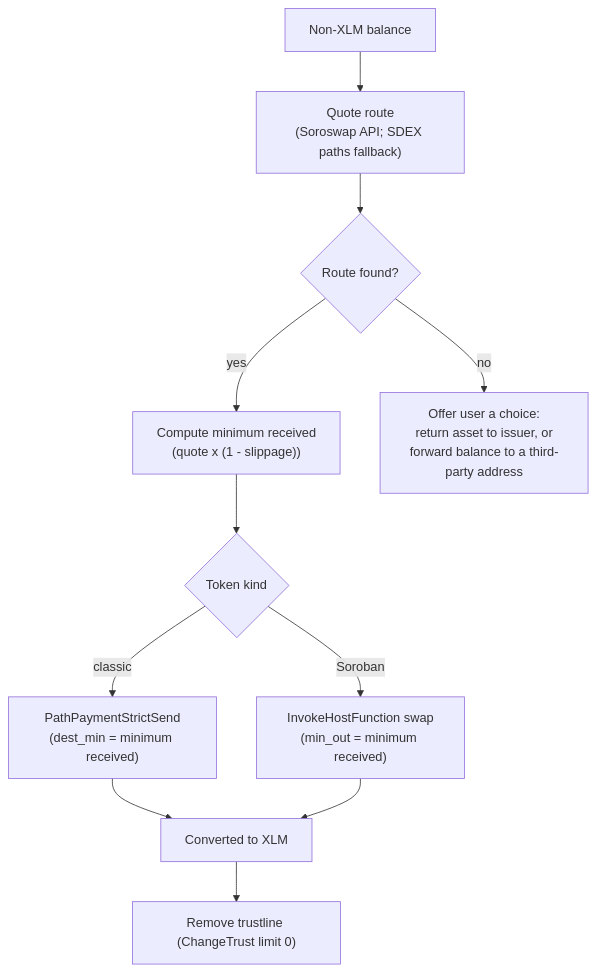
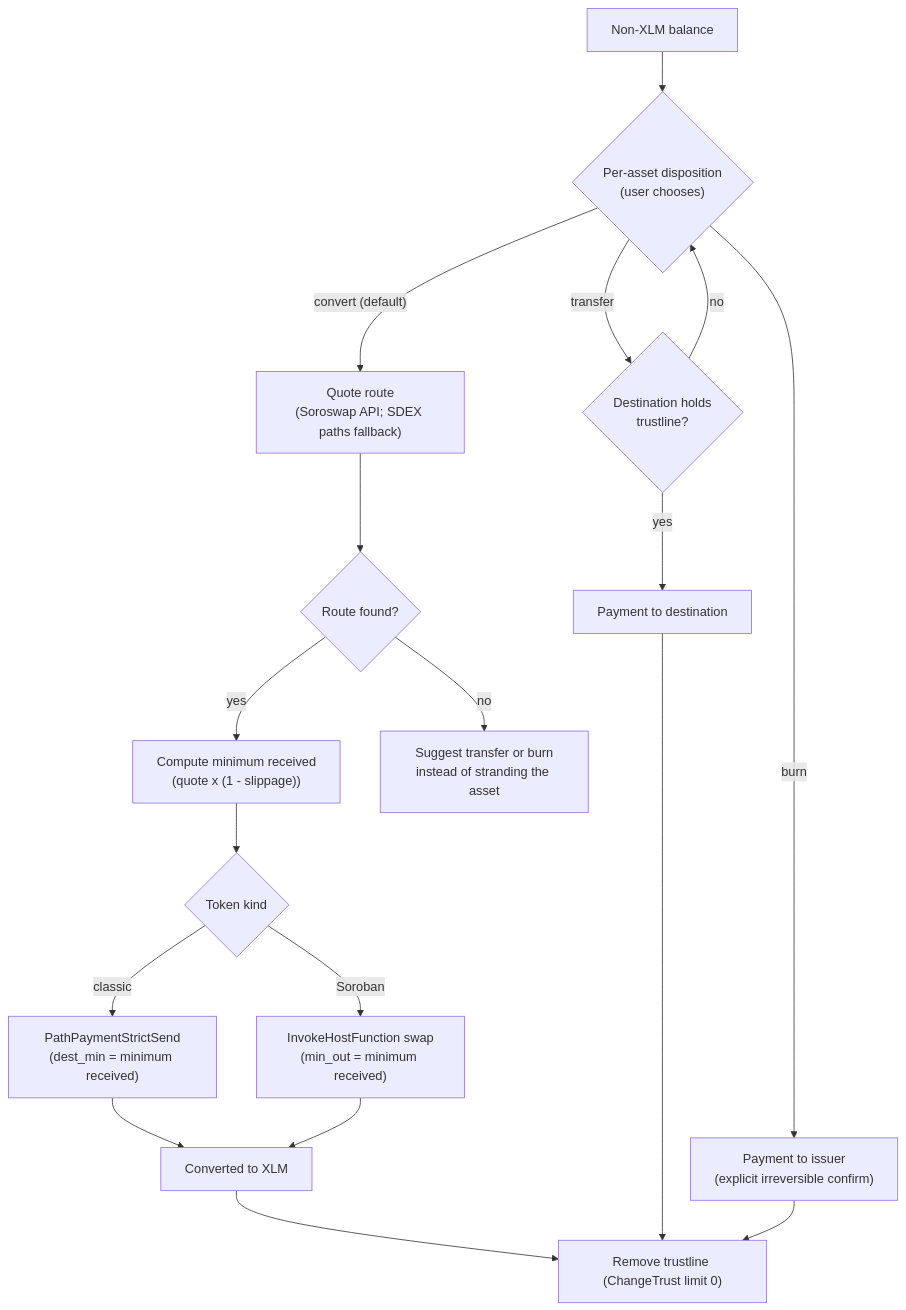
One commit to OscarGauss/lumenwipe changed the eighth of 9 diagrams in docs/architecture.md. Above: the diagram before and after it, drawn with Mermaid. The commit also changed other lines of this file and 12 other files, not shown here.

First line of the commit message:
docs: architecture revision (#12)

````diff
--- a/docs/architecture.md
+++ b/docs/architecture.md
@@ -416,13 +453,20 @@
 ```mermaid
 flowchart TD
-    asset["Non-XLM balance"] --> q["Quote route<br/>(Soroswap API; SDEX paths fallback)"]
+    asset["Non-XLM balance"] --> disp{"Per-asset disposition<br/>(user chooses)"}
+    disp -->|"transfer"| tl{"Destination holds<br/>trustline?"}
+    tl -->|"yes"| xfer["Payment to destination"]
+    tl -->|"no"| disp
+    disp -->|"burn"| burn["Payment to issuer<br/>(explicit irreversible confirm)"]
+    disp -->|"convert (default)"| q["Quote route<br/>(Soroswap API; SDEX paths fallback)"]
     q --> hasroute{"Route found?"}
     hasroute -->|"yes"| minrecv["Compute minimum received<br/>(quote x (1 - slippage))"]
     minrecv --> kind{"Token kind"}
     kind -->|"classic"| pp["PathPaymentStrictSend<br/>(dest_min = minimum received)"]
     kind -->|"Soroban"| inv["InvokeHostFunction swap<br/>(min_out = minimum received)"]
     pp --> conv["Converted to XLM"]
     inv --> conv
-    hasroute -->|"no"| opt["Offer user a choice:<br/>return asset to issuer, or<br/>forward balance to a third-party address"]
+    hasroute -->|"no"| opt["Suggest transfer or burn<br/>instead of stranding the asset"]
     conv --> rm["Remove trustline (ChangeTrust limit 0)"]
+    xfer --> rm
+    burn --> rm
 ```
````
